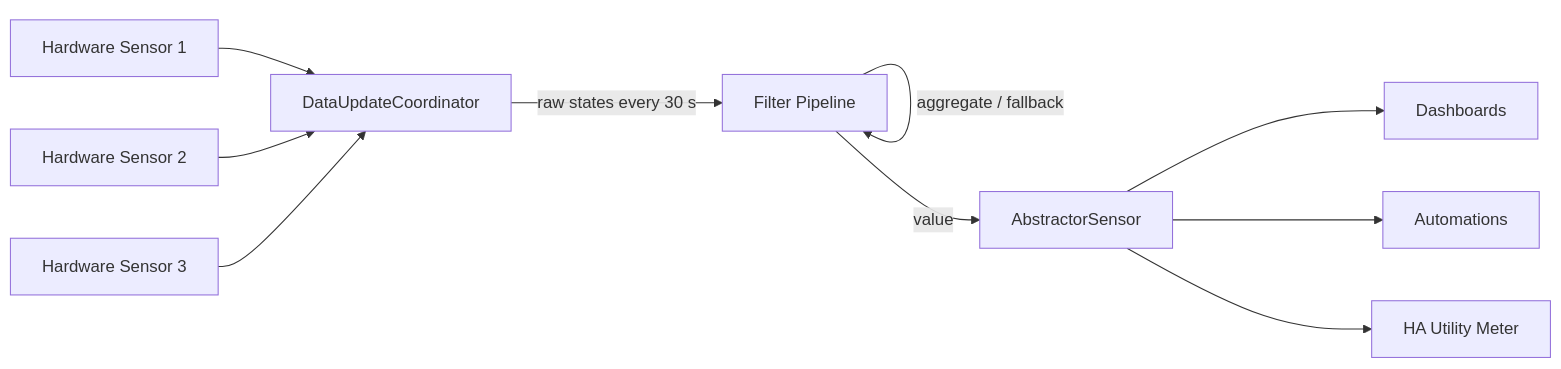
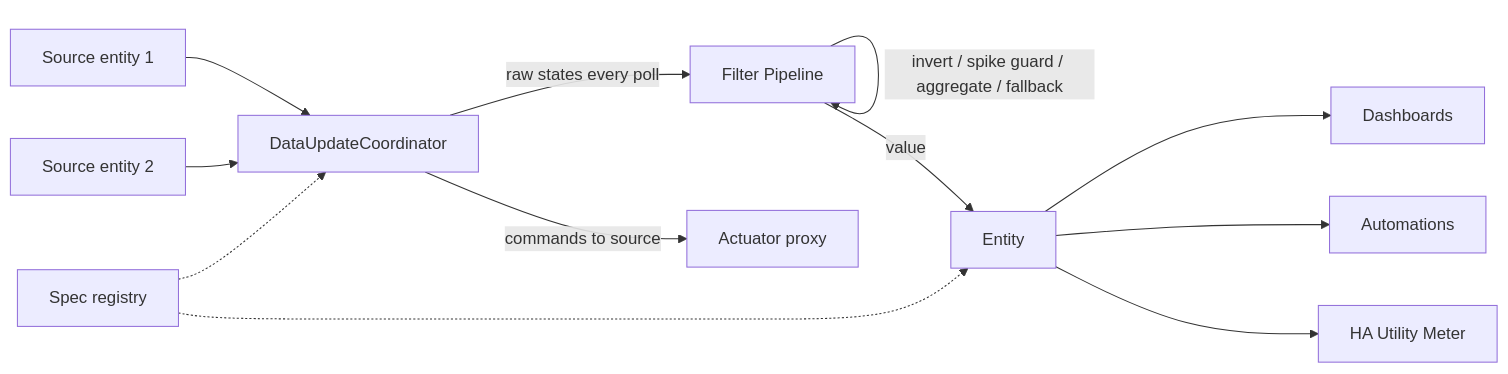
Before and after one commit to Popoboxxo/AbstrHActor: the diagram in README.md, drawn with Mermaid. The commit also changed other lines of this file, not shown here.

````diff
--- a/README.md
+++ b/README.md
@@ -48,14 +58,14 @@
 ```mermaid
 graph LR
-    SRC1[Hardware Sensor 1] --> COORD[DataUpdateCoordinator]
-    SRC2[Hardware Sensor 2] --> COORD
-    SRC3[Hardware Sensor 3] --> COORD
-    COORD -->|raw states every 30 s| PIPE[Filter Pipeline]
-    PIPE -->|invert| PIPE
-    PIPE -->|spike guard| PIPE
-    PIPE -->|aggregate / fallback| PIPE
-    PIPE -->|value| ENT[AbstractorSensor]
+    SRC1[Source entity 1] --> COORD[DataUpdateCoordinator]
+    SRC2[Source entity 2] --> COORD
+    COORD -->|raw states every poll| PIPE[Filter Pipeline]
+    PIPE -->|invert / spike guard / aggregate / fallback| PIPE
+    PIPE -->|value| ENT[Entity]
+    SPEC[Spec registry] -.-> COORD
+    SPEC -.-> ENT
     ENT --> DASH[Dashboards]
     ENT --> AUTO[Automations]
     ENT --> UM[HA Utility Meter]
+    COORD -->|commands to source| ACT[Actuator proxy]
 ```
````
